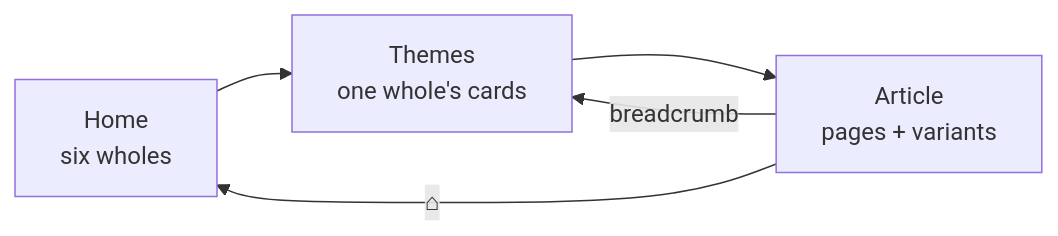
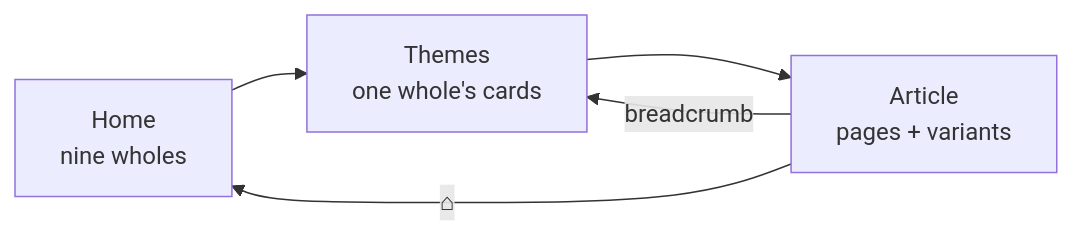
Before and after one commit to UVuruna/DOMY-Watch: the diagram in app/encyclopedia/___encyclopedia.md, drawn with Mermaid. The commit also changed other lines of this file and 5 other files, not shown here.

First line of the commit message:
0.14.663 Documentation — the nine wholes, their pages, and THE REACHABILITY LAW's rationale

````diff
--- a/app/encyclopedia/___encyclopedia.md
+++ b/app/encyclopedia/___encyclopedia.md
@@ -9,8 +9,8 @@
 ```mermaid
 %%{init: {'flowchart': {'subGraphTitleMargin': {'top': 0, 'bottom': 35}}}}%%
 flowchart LR
-    A[Home<br/>six wholes] --> B[Themes<br/>one whole's cards]
+    A[Home<br/>nine wholes] --> B[Themes<br/>one whole's cards]
     B --> C[Article<br/>pages + variants]
     C -- ⌂ --> A
     C -- breadcrumb --> B
 ```
````
